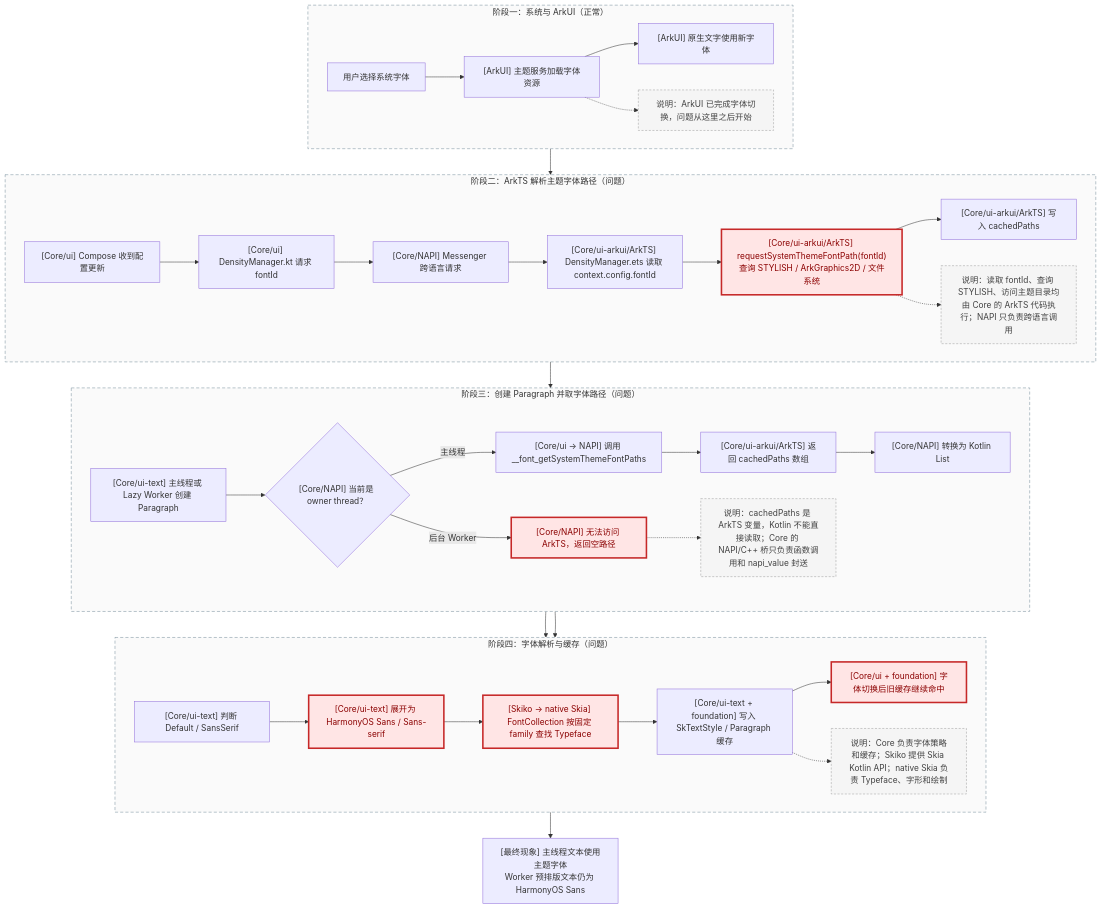
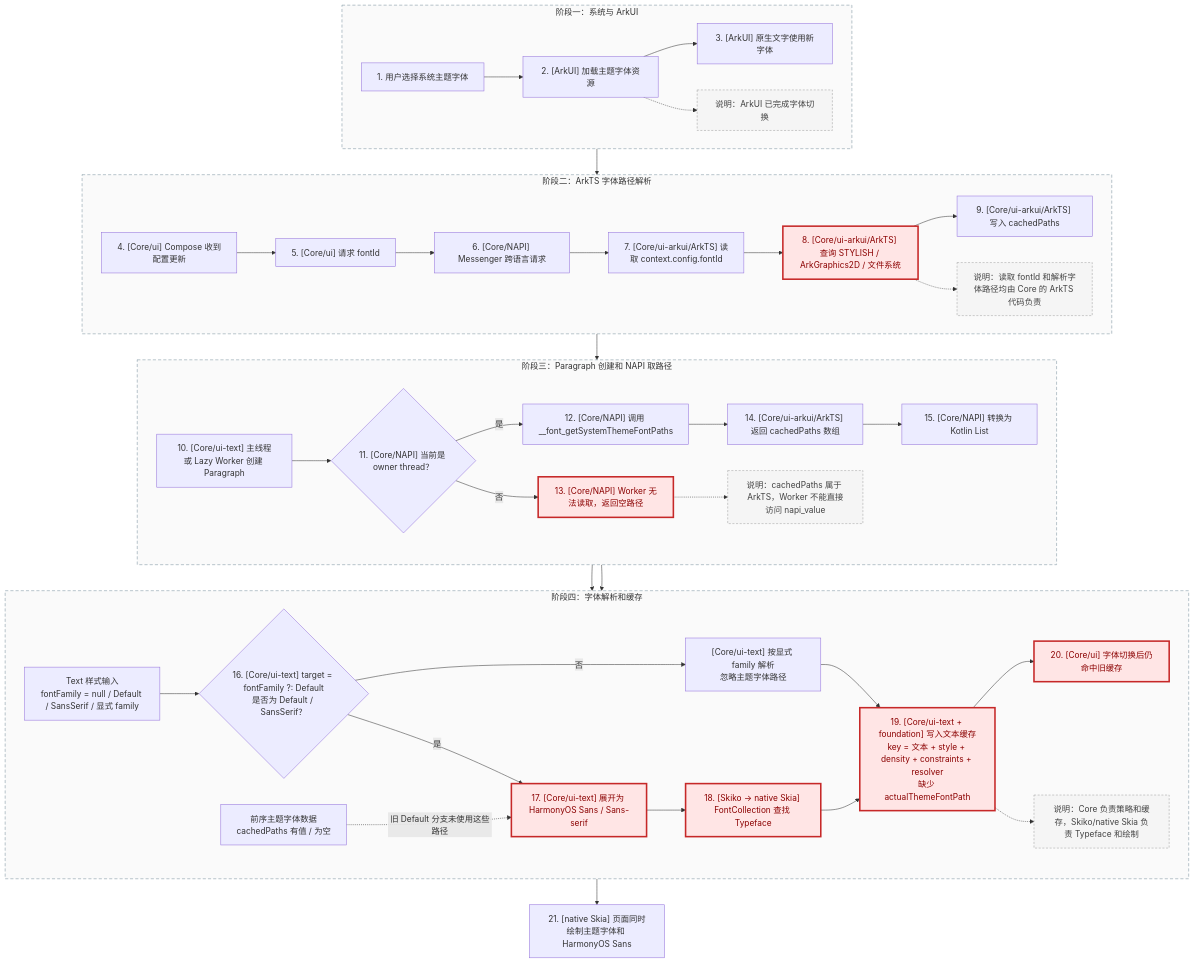
One commit to jsdegithub/CMP-DOCS changed the first of 2 diagrams in CMP不跟随系统字体问题-根因与修复思路.md. Above: the diagram before and after it, drawn with Mermaid. The commit also changed other lines of this file, not shown here.

````diff
--- a/CMP不跟随系统字体问题-根因与修复思路.md
+++ b/CMP不跟随系统字体问题-根因与修复思路.md
@@ -27,52 +38,57 @@
 ```mermaid
 flowchart TD
-    subgraph STAGE1["阶段一：系统与 ArkUI（正常）"]
+    subgraph STAGE1["阶段一：系统与 ArkUI"]
         direction LR
-        A1["用户选择系统字体"] --> A2["[ArkUI] 主题服务加载字体资源"]
-        A2 --> A3["[ArkUI] 原生文字使用新字体"]
-        A2 -.-> NOTE1["说明：ArkUI 已完成字体切换，问题从这里之后开始"]
+        A1["1. 用户选择系统主题字体"] --> A2["2. [ArkUI] 加载主题字体资源"]
+        A2 --> A3["3. [ArkUI] 原生文字使用新字体"]
+        A2 -.-> NOTE1["说明：ArkUI 已完成字体切换"]
     end
 
-    subgraph STAGE2["阶段二：ArkTS 解析主题字体路径（问题）"]
+    subgraph STAGE2["阶段二：ArkTS 字体路径解析"]
         direction LR
-        B0["[Core/ui] Compose 收到配置更新"] --> B1["[Core/ui] DensityManager.kt 请求 fontId"]
-        B1 --> B2["[Core/NAPI] Messenger 跨语言请求"]
-        B2 --> B3["[Core/ui-arkui/ArkTS] DensityManager.ets 读取 context.config.fontId"]
-        B3 --> B4["[Core/ui-arkui/ArkTS] requestSystemThemeFontPath(fontId)<br/>查询 STYLISH / ArkGraphics2D / 文件系统"]:::problem
-        B4 --> B5["[Core/ui-arkui/ArkTS] 写入 cachedPaths"]
-        B4 -.-> NOTE2["说明：读取 fontId、查询 STYLISH、访问主题目录均由 Core 的 ArkTS 代码执行；NAPI 只负责跨语言调用"]
+        B0["4. [Core/ui] Compose 收到配置更新"] --> B1["5. [Core/ui] 请求 fontId"]
+        B1 --> B2["6. [Core/NAPI] Messenger 跨语言请求"]
+        B2 --> B3["7. [Core/ui-arkui/ArkTS] 读取 context.config.fontId"]
+        B3 --> B4["8. [Core/ui-arkui/ArkTS] 查询 STYLISH / ArkGraphics2D / 文件系统"]:::problem
+        B4 --> B5["9. [Core/ui-arkui/ArkTS] 写入 cachedPaths"]
+        B4 -.-> NOTE2["说明：读取 fontId 和解析字体路径均由 Core 的 ArkTS 代码负责"]
     end
 
-    subgraph STAGE3["阶段三：创建 Paragraph 并取字体路径（问题）"]
+    subgraph STAGE3["阶段三：Paragraph 创建和 NAPI 取路径"]
         direction LR
-        C1["[Core/ui-text] 主线程或 Lazy Worker 创建 Paragraph"] --> C2{"[Core/NAPI] 当前是 owner thread？"}
-        C2 -->|"主线程"| C3["[Core/ui → NAPI] 调用 __font_getSystemThemeFontPaths"]
-        C2 -->|"后台 Worker"| C4["[Core/NAPI] 无法访问 ArkTS，返回空路径"]:::problem
-        C3 --> C5["[Core/ui-arkui/ArkTS] 返回 cachedPaths 数组"]
-        C5 --> C6["[Core/NAPI] 转换为 Kotlin List<String>"]
-        C4 -.-> NOTE3["说明：cachedPaths 是 ArkTS 变量，Kotlin 不能直接读取；Core 的 NAPI/C++ 桥只负责函数调用和 napi_value 封送"]
+        C1["10. [Core/ui-text] 主线程或 Lazy Worker 创建 Paragraph"] --> C2{"11. [Core/NAPI] 当前是 owner thread？"}
+        C2 -->|"是"| C3["12. [Core/NAPI] 调用 __font_getSystemThemeFontPaths"]
+        C2 -->|"否"| C4["13. [Core/NAPI] Worker 无法读取，返回空路径"]:::problem
+        C3 --> C5["14. [Core/ui-arkui/ArkTS] 返回 cachedPaths 数组"]
+        C5 --> C6["15. [Core/NAPI] 转换为 Kotlin List<String>"]
+        C4 -.-> NOTE3["说明：cachedPaths 属于 ArkTS，Worker 不能直接访问 napi_value"]
     end
 
-    subgraph STAGE4["阶段四：字体解析与缓存（问题）"]
+    subgraph STAGE4["阶段四：字体解析和缓存"]
         direction LR
-        D1["[Core/ui-text] 判断 Default / SansSerif"] --> D2["[Core/ui-text] 展开为 HarmonyOS Sans / Sans-serif"]:::problem
-        D2 --> D3["[Skiko → native Skia] FontCollection 按固定 family 查找 Typeface"]:::problem
-        D3 --> D4["[Core/ui-text + foundation] 写入 SkTextStyle / Paragraph 缓存"]
-        D4 --> D5["[Core/ui + foundation] 字体切换后旧缓存继续命中"]:::problem
-        D4 -.-> NOTE4["说明：Core 负责字体策略和缓存；Skiko 提供 Skia Kotlin API；native Skia 负责 Typeface、字形和绘制"]
+        STYLE0["Text 样式输入<br/>fontFamily = null / Default / SansSerif / 显式 family"] --> D1{"16. [Core/ui-text] target = fontFamily ?: Default<br/>是否为 Default / SansSerif？"}
+        D1 -->|"否"| EXPLICIT["[Core/ui-text] 按显式 family 解析<br/>忽略主题字体路径"]
+        D1 -->|"是"| D2["17. [Core/ui-text] 展开为 HarmonyOS Sans / Sans-serif"]:::problem
+        PATHDATA["前序主题字体数据<br/>cachedPaths 有值 / 为空"]
+        D2 --> D3["18. [Skiko → native Skia] FontCollection 查找 Typeface"]:::problem
+        D3 --> D4["19. [Core/ui-text + foundation] 写入文本缓存<br/>key = 文本 + style + density + constraints + resolver<br/>缺少 actualThemeFontPath"]:::problem
+        EXPLICIT --> D4
+        D4 --> D5["20. [Core/ui] 字体切换后仍命中旧缓存"]:::problem
+        D4 -.-> NOTE4["说明：Core 负责策略和缓存，Skiko/native Skia 负责 Typeface 和绘制"]
     end
 
     A2 --> B0
     B5 --> C1
-    C6 --> D1
-    C4 --> D1
-    D5 --> RESULT["[最终现象] 主线程文本使用主题字体<br/>Worker 预排版文本仍为 HarmonyOS Sans"]
+    C6 --> PATHDATA
+    C4 --> PATHDATA
+    PATHDATA -.->|"旧 Default 分支未使用这些路径"| D2
+    D5 --> RESULT["21. [native Skia] 页面同时绘制主题字体和 HarmonyOS Sans"]
 
     style STAGE1 fill:#fafafa,stroke:#78909c,stroke-width:1px,stroke-dasharray:6 4
     style STAGE2 fill:#fafafa,stroke:#78909c,stroke-width:1px,stroke-dasharray:6 4
     style STAGE3 fill:#fafafa,stroke:#78909c,stroke-width:1px,stroke-dasharray:6 4
     style STAGE4 fill:#fafafa,stroke:#78909c,stroke-width:1px,stroke-dasharray:6 4
     classDef note fill:#f5f5f5,stroke:#9e9e9e,stroke-width:1px,stroke-dasharray:4 3,color:#424242;
     class NOTE1,NOTE2,NOTE3,NOTE4 note;
     classDef problem fill:#ffe5e5,stroke:#c62828,stroke-width:3px,color:#8b0000;
 ```
````
